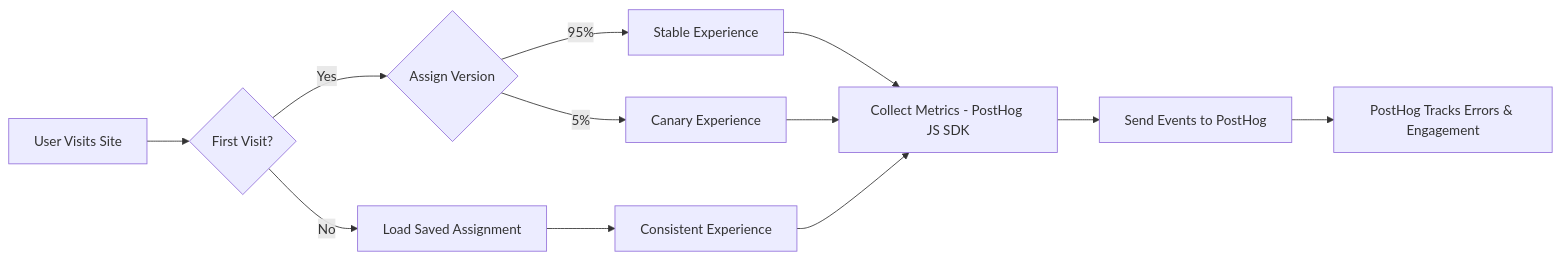
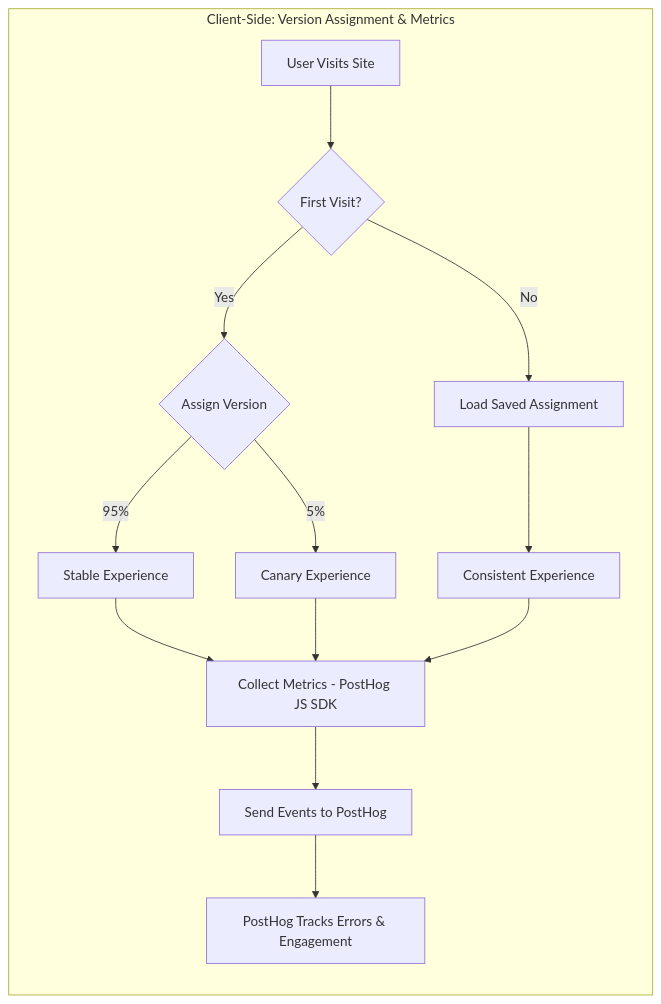
Before and after one commit to lloydchang/client-side-canary-deployment: the first of 4 diagrams in README.md, drawn with Mermaid. The commit also changed other lines of this file, not shown here.

````diff
--- a/README.md
+++ b/README.md
@@ -17,14 +17,16 @@
 ```mermaid
 graph LR
-    A[User Visits Site] --> B{First Visit?}
-    B -->|Yes| C{Assign Version}
-    B -->|No| D[Load Saved Assignment]
-    C -->|95%| E[Stable Experience]
-    C -->|5%| F[Canary Experience]
-    D --> G[Consistent Experience]
-    E --> H["Collect Metrics - PostHog JS SDK"]
-    F --> H
-    G --> H
-    H --> J[Send Events to PostHog]
-    J --> K[PostHog Tracks Errors & Engagement]
+    subgraph Client-Side: Version Assignment & Metrics
+        A[User Visits Site] --> B{First Visit?}
+        B -->|Yes| C{Assign Version}
+        B -->|No| D[Load Saved Assignment]
+        C -->|95%| E[Stable Experience]
+        C -->|5%| F[Canary Experience]
+        D --> G[Consistent Experience]
+        E --> H["Collect Metrics - PostHog JS SDK"]
+        F --> H
+        G --> H
+        H --> J[Send Events to PostHog]
+        J --> K[PostHog Tracks Errors & Engagement]
+    end
 ```
````
